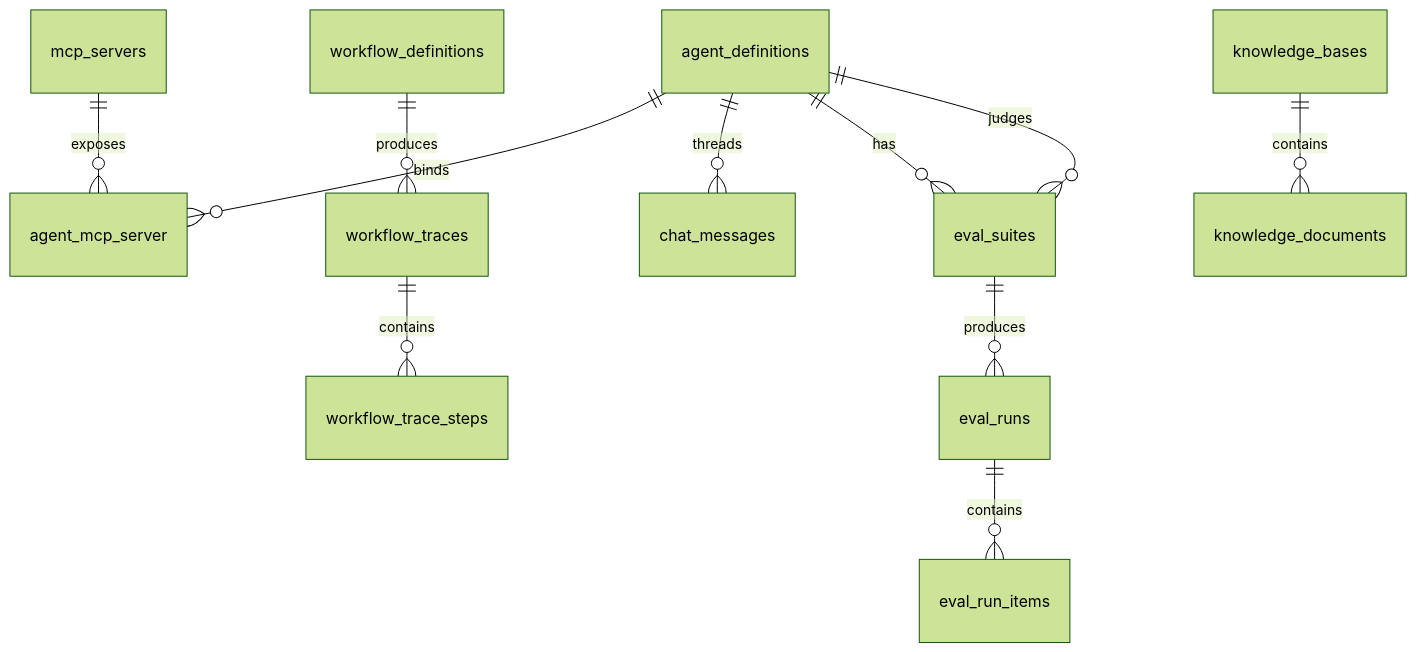
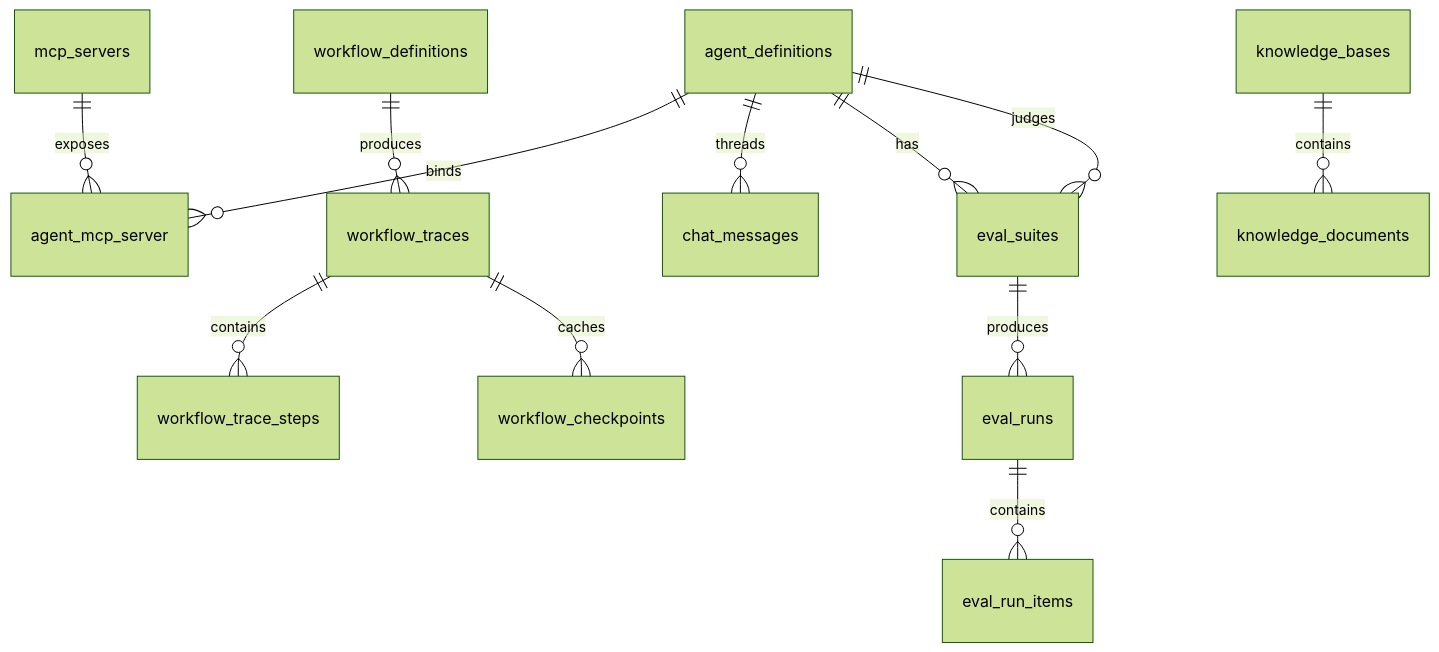
The diagram in docs/reference/database-schema.md (digitalelvis/neuronai-studio), drawn with Mermaid (forest theme) before and after one commit. The commit also changed other lines of this file and 6 other files, not shown here.

````diff
--- a/docs/reference/database-schema.md
+++ b/docs/reference/database-schema.md
@@ -31,13 +32,14 @@
 ```mermaid
 erDiagram
     agent_definitions ||--o{ agent_mcp_server : binds
     mcp_servers ||--o{ agent_mcp_server : exposes
     workflow_definitions ||--o{ workflow_traces : produces
     workflow_traces ||--o{ workflow_trace_steps : contains
+    workflow_traces ||--o{ workflow_checkpoints : caches
     agent_definitions ||--o{ chat_messages : threads
     agent_definitions ||--o{ eval_suites : has
     agent_definitions ||--o{ eval_suites : judges
     eval_suites ||--o{ eval_runs : produces
     eval_runs ||--o{ eval_run_items : contains
     knowledge_bases ||--o{ knowledge_documents : contains
 ```
````
